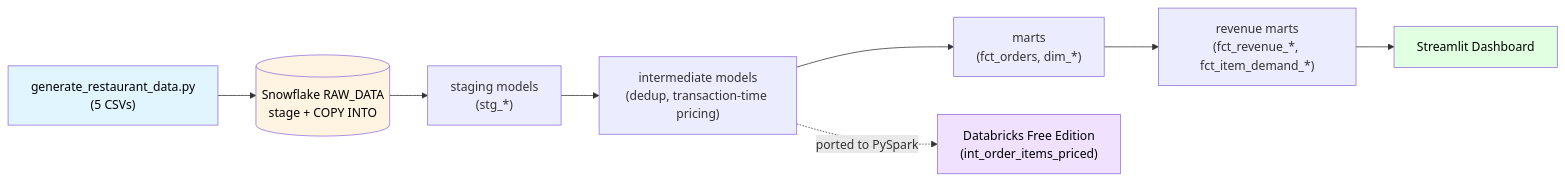
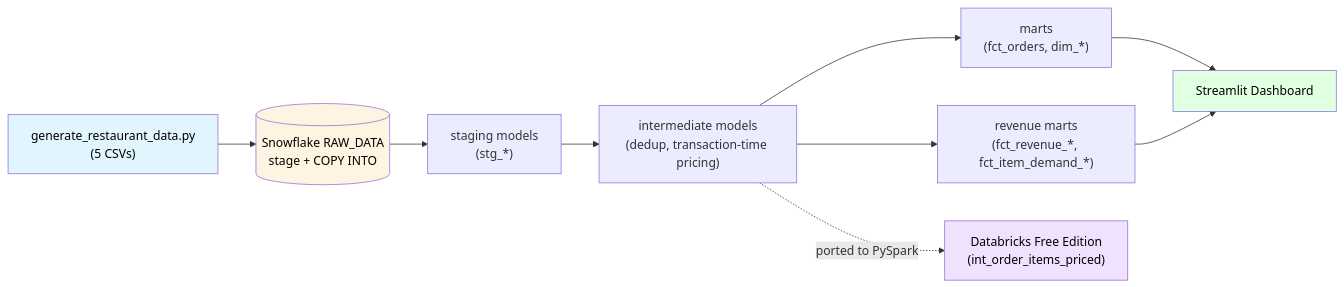
One commit to YoungliHong/restaurant_analytics changed the first of 2 diagrams in README.md. Above: the diagram before and after it, drawn with Mermaid. The commit also changed other lines of this file, not shown here.

Commit message:
WIP:add ERD to README Data Model selection

````diff
--- a/README.md
+++ b/README.md
@@ -28,15 +9,16 @@
-```mermaid
+``` mermaid
 flowchart LR
     A["generate_restaurant_data.py<br/>(5 CSVs)"] --> B[("Snowflake RAW_DATA<br/>stage + COPY INTO")]
     B --> C["staging models<br/>(stg_*)"]
     C --> D["intermediate models<br/>(dedup, transaction-time pricing)"]
     D --> E["marts<br/>(fct_orders, dim_*)"]
-    E --> F["revenue marts<br/>(fct_revenue_*, fct_item_demand_*)"]
-    F --> G["Streamlit Dashboard"]
+    D --> F["revenue marts<br/>(fct_revenue_*, fct_item_demand_*)"]
+    E --> G["Streamlit Dashboard"]
+    F --> G
     D -.->|ported to PySpark| H["Databricks Free Edition<br/>(int_order_items_priced)"]
 
     style A fill:#e1f5ff,color:#000
     style B fill:#fff4e1,color:#000
     style H fill:#f0e1ff,color:#000
     style G fill:#e1ffe1,color:#000
 ```
````
